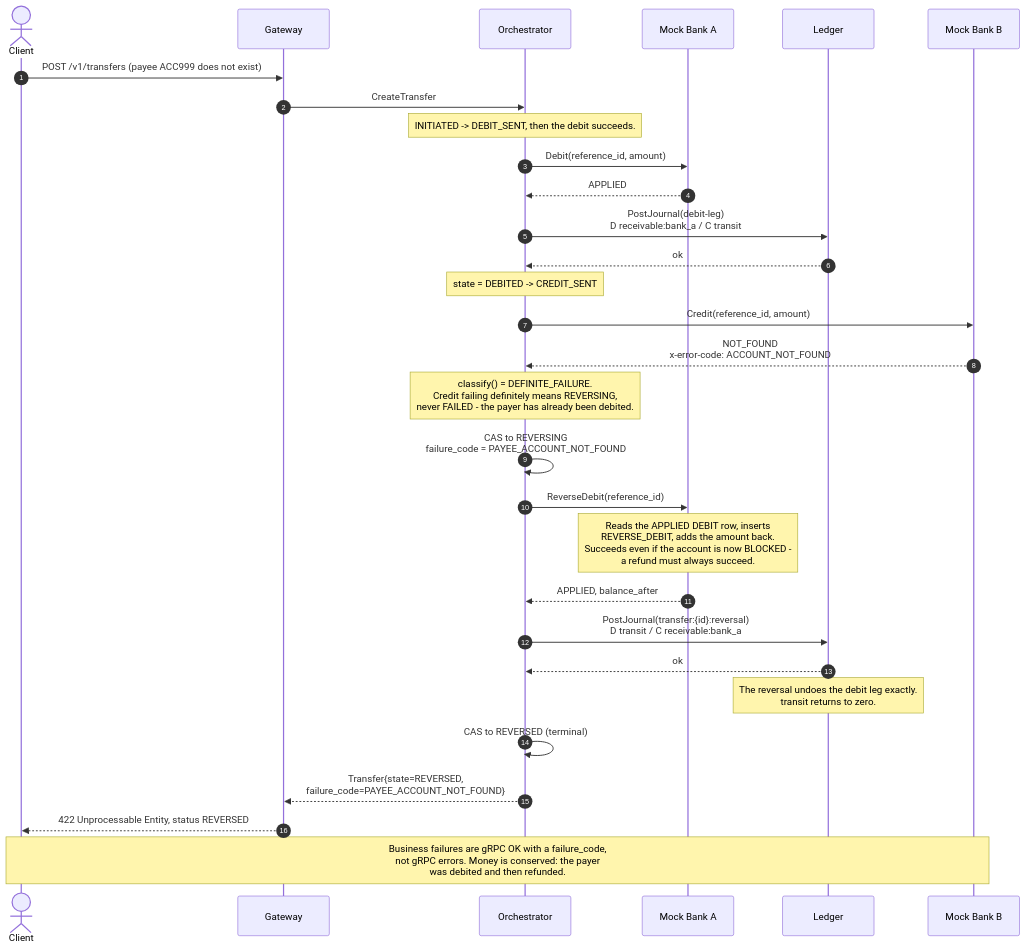
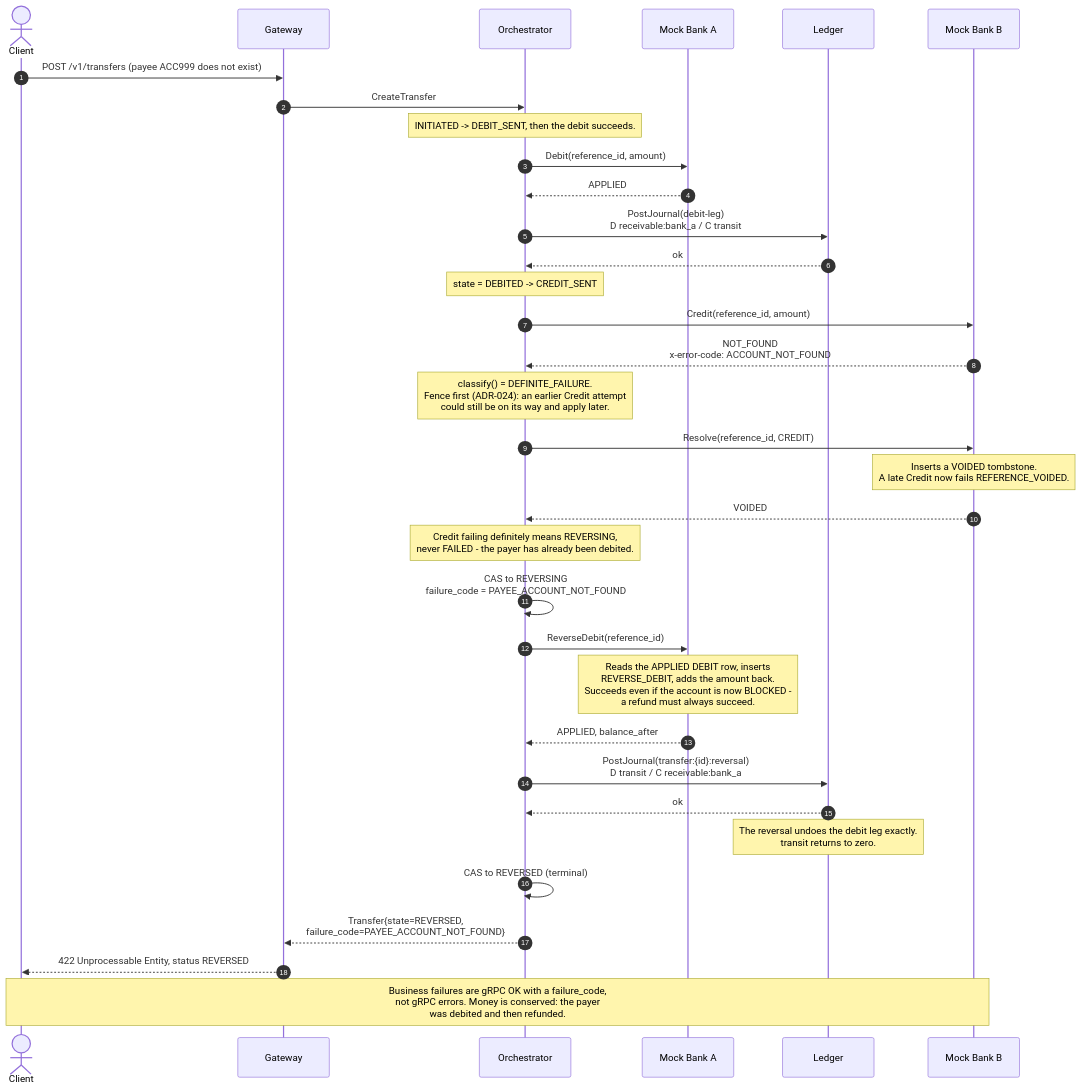
One commit to rohan099dubey/payment-switch changed the diagram in docs/diagrams/sequence-credit-fails.mmd. Above: the diagram before and after it, drawn with Mermaid. The commit also changed 12 other files, not shown here.

```diff
--- a/docs/diagrams/sequence-credit-fails.mmd
+++ b/docs/diagrams/sequence-credit-fails.mmd
@@ -1,38 +1,43 @@
 %% Compensation: payee account does not exist, so the debit is reversed.
-%% Source: ARCHITECTURE.md section 11, "Walkthrough: payee account does not exist".
+%% Source: ARCHITECTURE.md section 11, "Walkthrough: payee account does not exist",
+%% plus the Resolve fence before the failure branch (ADR-024).
 sequenceDiagram
     autonumber
     actor C as Client
     participant G as Gateway
     participant O as Orchestrator
     participant A as Mock Bank A
     participant L as Ledger
     participant B as Mock Bank B
 
     C->>G: POST /v1/transfers (payee ACC999 does not exist)
     G->>O: CreateTransfer
 
     Note over O: INITIATED -> DEBIT_SENT, then the debit succeeds.
     O->>A: Debit(reference_id, amount)
     A-->>O: APPLIED
     O->>L: PostJournal(debit-leg)<br/>D receivable:bank_a / C transit
     L-->>O: ok
     Note over O: state = DEBITED -> CREDIT_SENT
 
     O->>B: Credit(reference_id, amount)
     B-->>O: NOT_FOUND<br/>x-error-code: ACCOUNT_NOT_FOUND
-    Note over O: classify() = DEFINITE_FAILURE.<br/>Credit failing definitely means REVERSING,<br/>never FAILED - the payer has already been debited.
+    Note over O: classify() = DEFINITE_FAILURE.<br/>Fence first (ADR-024): an earlier Credit attempt<br/>could still be on its way and apply later.
+    O->>B: Resolve(reference_id, CREDIT)
+    Note over B: Inserts a VOIDED tombstone.<br/>A late Credit now fails REFERENCE_VOIDED.
+    B-->>O: VOIDED
+    Note over O: Credit failing definitely means REVERSING,<br/>never FAILED - the payer has already been debited.
     O->>O: CAS to REVERSING<br/>failure_code = PAYEE_ACCOUNT_NOT_FOUND
 
     O->>A: ReverseDebit(reference_id)
     Note over A: Reads the APPLIED DEBIT row, inserts<br/>REVERSE_DEBIT, adds the amount back.<br/>Succeeds even if the account is now BLOCKED -<br/>a refund must always succeed.
     A-->>O: APPLIED, balance_after
     O->>L: PostJournal(transfer:{id}:reversal)<br/>D transit / C receivable:bank_a
     L-->>O: ok
     Note over L: The reversal undoes the debit leg exactly.<br/>transit returns to zero.
     O->>O: CAS to REVERSED (terminal)
 
     O-->>G: Transfer{state=REVERSED,<br/>failure_code=PAYEE_ACCOUNT_NOT_FOUND}
     G-->>C: 422 Unprocessable Entity, status REVERSED
 
     Note over C,B: Business failures are gRPC OK with a failure_code,<br/>not gRPC errors. Money is conserved: the payer<br/>was debited and then refunded.
```
